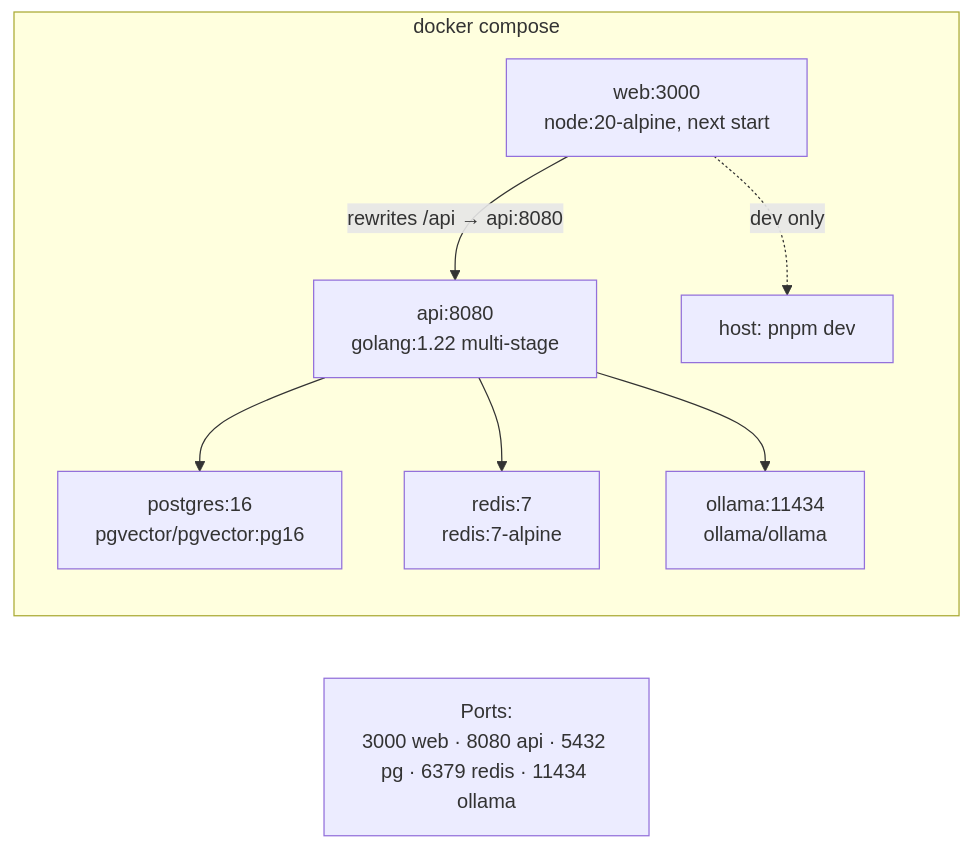
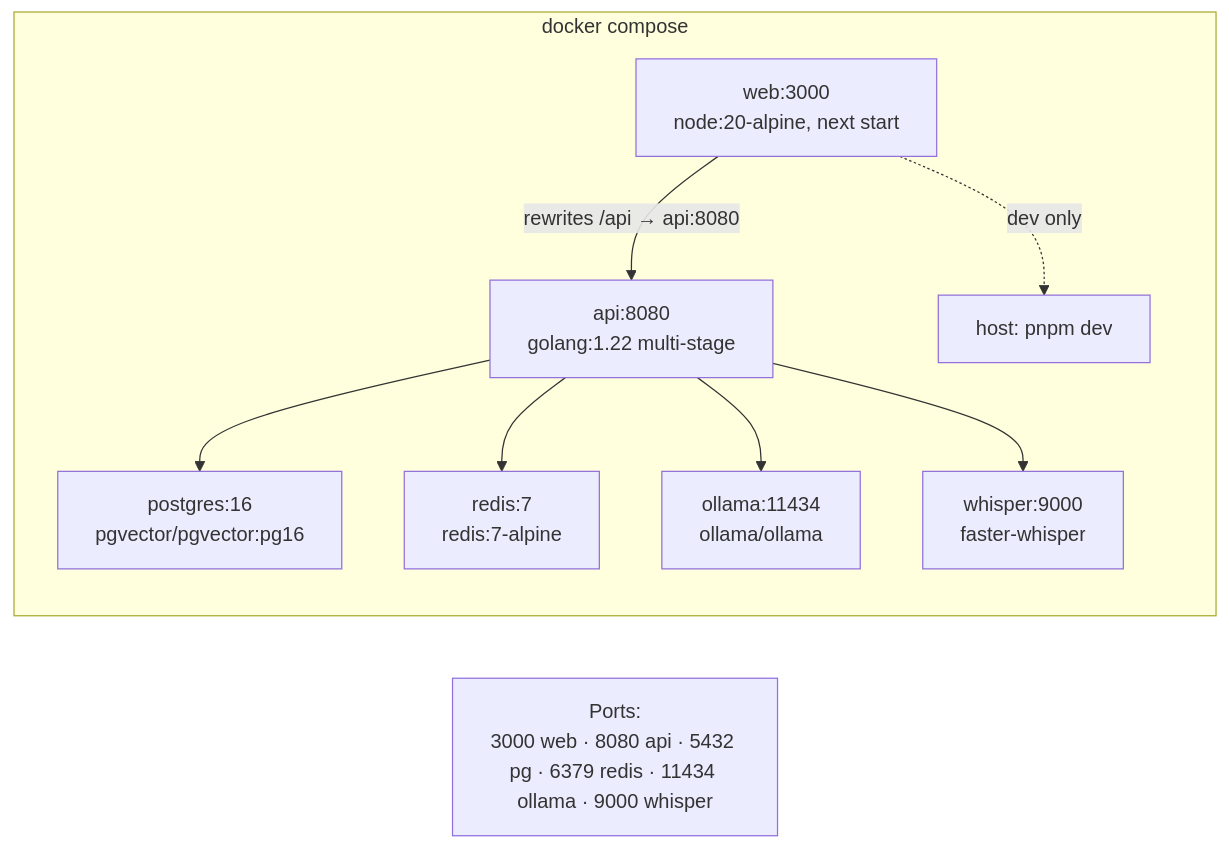
The fourth of 4 diagrams in docs/01-architecture.md (cattyman919/athenaeum), drawn with Mermaid before and after one commit. The commit also changed other lines of this file and 13 other files, not shown here.

````diff
--- a/docs/01-architecture.md
+++ b/docs/01-architecture.md
@@ -156,12 +157,13 @@
 ```mermaid
 flowchart LR
-    P["Ports:<br/>3000 web · 8080 api · 5432 pg · 6379 redis · 11434 ollama"]
+    P["Ports:<br/>3000 web · 8080 api · 5432 pg · 6379 redis · 11434 ollama · 9000 whisper"]
 
     subgraph DC["docker compose"]
         W["web:3000<br/>node:20-alpine, next start"] -- "rewrites /api → api:8080" --> A["api:8080<br/>golang:1.22 multi-stage"]
         A --> PG["postgres:16<br/>pgvector/pgvector:pg16"]
         A --> RD["redis:7<br/>redis:7-alpine"]
         A --> OL["ollama:11434<br/>ollama/ollama"]
+        A --> WH["whisper:9000<br/>faster-whisper"]
         W -. "dev only" .-> NODE["host: pnpm dev"]
     end
 ```
````
